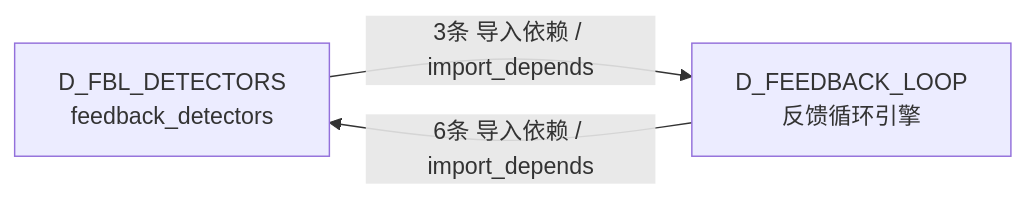
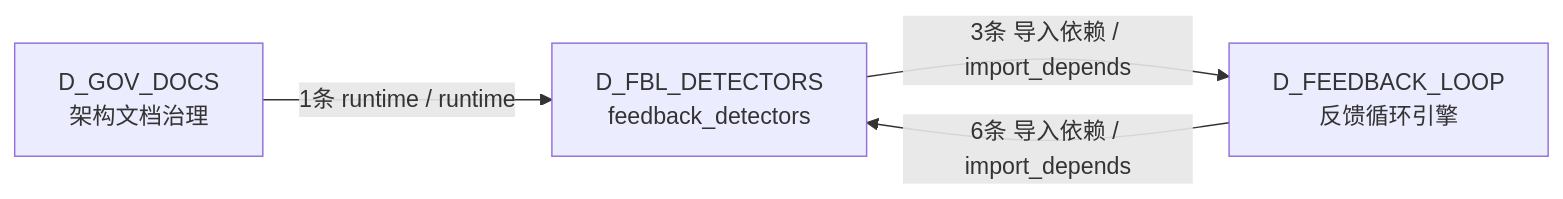
One commit to xuanFelixVan/ZephyrAlpha changed the sixth of 6 diagrams in docs/02_enterprise_architecture/02_domain_architecture_docs/11_d_fbl_detectors.md. Above: the diagram before and after it, drawn with Mermaid. The commit also changed other lines of this file and 103 other files, not shown here.

````diff
--- a/docs/02_enterprise_architecture/02_domain_architecture_docs/11_d_fbl_detectors.md
+++ b/docs/02_enterprise_architecture/02_domain_architecture_docs/11_d_fbl_detectors.md
@@ -390,7 +397,9 @@
 ```mermaid
 graph LR
     D_FBL_DETECTORS["D_FBL_DETECTORS<br/>feedback_detectors"]
     D_FEEDBACK_LOOP["D_FEEDBACK_LOOP<br/>反馈循环引擎"]
+    D_GOV_DOCS["D_GOV_DOCS<br/>架构文档治理"]
     D_FBL_DETECTORS -->|3条 导入依赖 / import_depends| D_FEEDBACK_LOOP
     D_FEEDBACK_LOOP -->|6条 导入依赖 / import_depends| D_FBL_DETECTORS
+    D_GOV_DOCS -->|1条 runtime / runtime| D_FBL_DETECTORS
 ```
````
